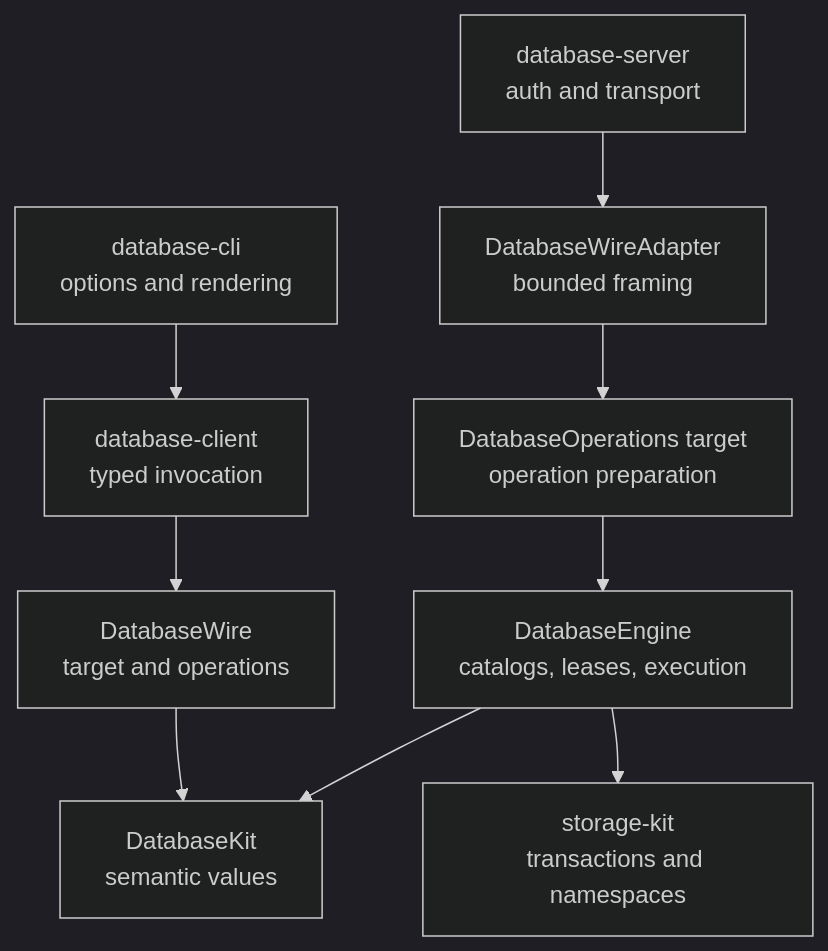
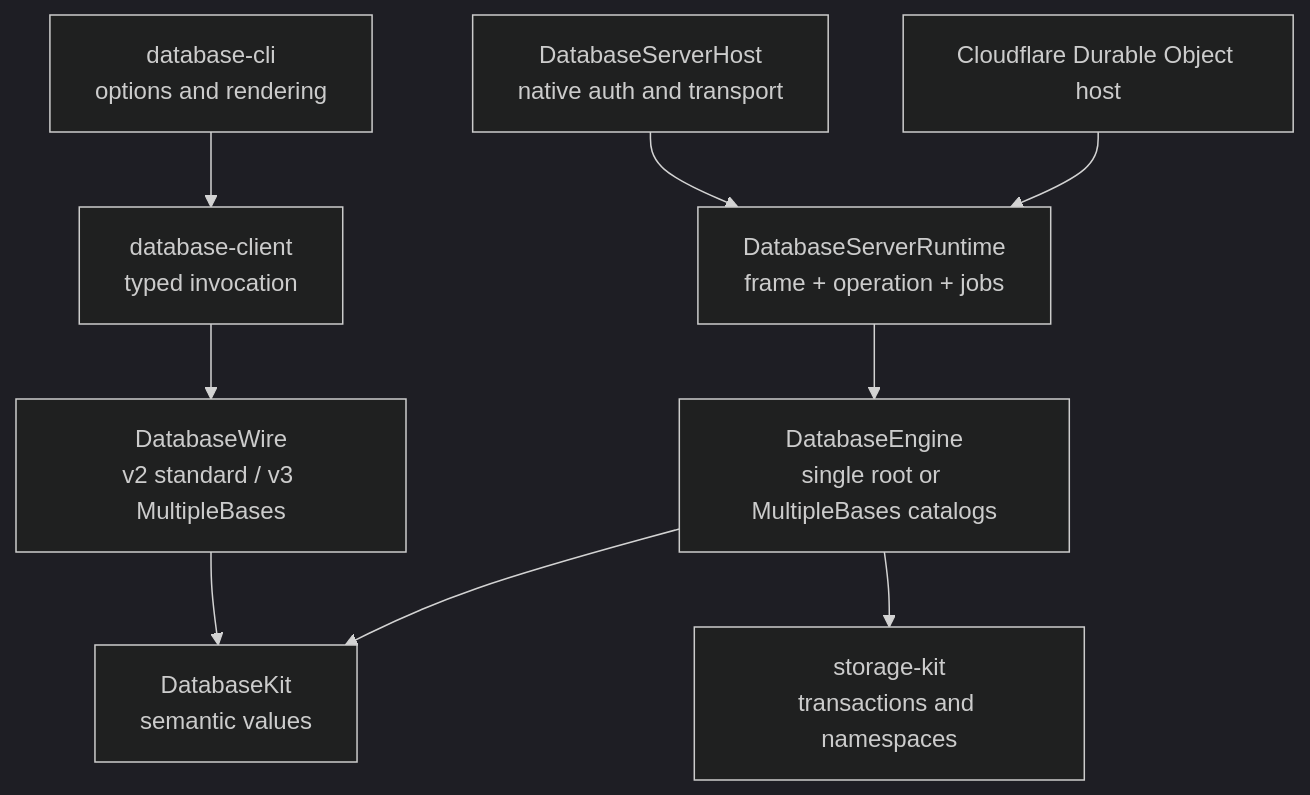
Before and after one commit to 1amageek/database-framework: the second of 6 diagrams in docs/base-composition-implementation-design.md, drawn with Mermaid (dark theme). The commit also changed other lines of this file and 500 other files, not shown here.

Commit message:
Restore lightweight database runtime boundaries

````diff
--- a/docs/base-composition-implementation-design.md
+++ b/docs/base-composition-implementation-design.md
@@ -205,12 +214,12 @@
 ```mermaid
 flowchart TB
     CLI["database-cli<br/>options and rendering"] --> Client["database-client<br/>typed invocation"]
-    Client --> Wire["DatabaseWire<br/>target and operations"]
+    Client --> Wire["DatabaseWire<br/>v2 standard / v3 MultipleBases"]
     Wire --> Kit["DatabaseKit<br/>semantic values"]
 
-    Host["database-server<br/>auth and transport"] --> Adapter["DatabaseWireAdapter<br/>bounded framing"]
-    Adapter --> Server["DatabaseOperations target<br/>operation preparation"]
-    Server --> Engine["DatabaseEngine<br/>catalogs, leases, execution"]
+    NativeHost["DatabaseServerHost<br/>native auth and transport"] --> Server["DatabaseServerRuntime<br/>frame + operation + jobs"]
+    Cloudflare["Cloudflare Durable Object host"] --> Server
+    Server --> Engine["DatabaseEngine<br/>single root or MultipleBases catalogs"]
     Engine --> Kit
     Engine --> Storage["storage-kit<br/>transactions and namespaces"]
 ```
````
